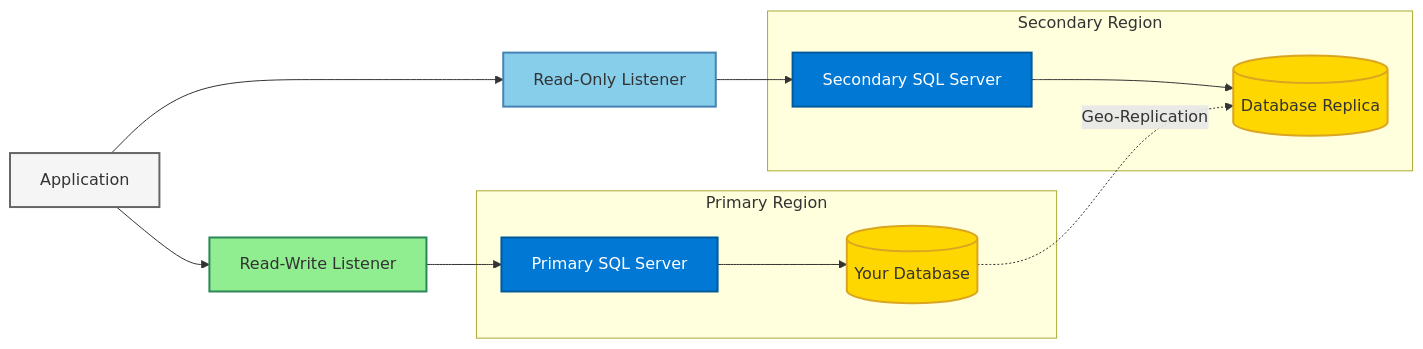
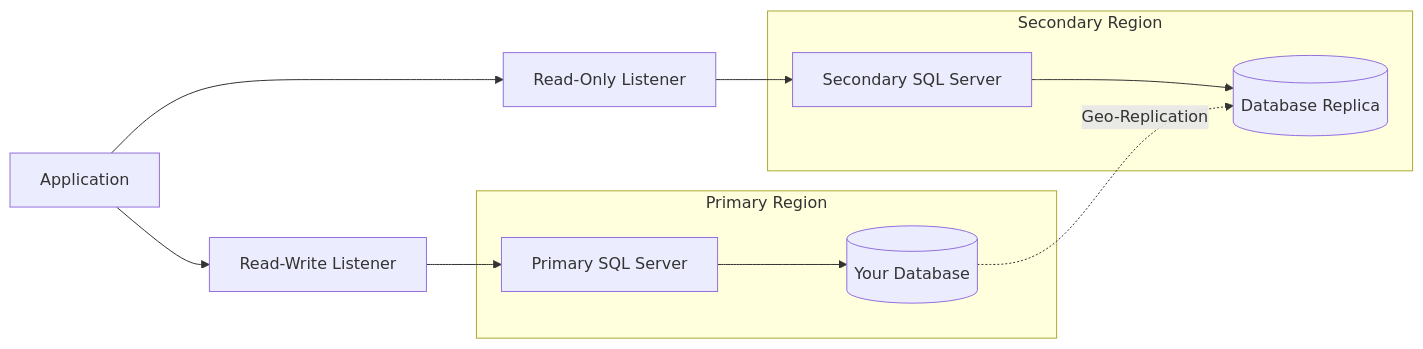
One commit to NguyenPhamCode4You/ai-home-lab-docker-compose changed the seventh of 8 diagrams in transcribe/Deployment-Azure-Prod.md. Above: the diagram before and after it, drawn with Mermaid.

````diff
--- a/transcribe/Deployment-Azure-Prod.md
+++ b/transcribe/Deployment-Azure-Prod.md
@@ -1023,42 +1023,33 @@
 ```mermaid
 graph LR
     %% Application Layer
     APP[Application]
 
     %% Failover Group Listeners
     RW[Read-Write Listener]
     RO[Read-Only Listener]
 
     %% Primary Region
     subgraph PRIMARY["Primary Region"]
         PS[Primary SQL Server]
         PDB[(Your Database)]
     end
 
     %% Secondary Region
     subgraph SECONDARY["Secondary Region"]
         SS[Secondary SQL Server]
         SDB[(Database Replica)]
     end
 
     %% Clean connections
     APP --> RW
     APP --> RO
 
     RW --> PS
     RO --> SS
 
     PS --> PDB
     SS --> SDB
 
     PDB -.->|Geo-Replication| SDB
-
-    %% Styling
-    style APP fill:#f5f5f5,stroke:#666,stroke-width:2px
-    style RW fill:#90EE90,stroke:#2d8659,stroke-width:2px
-    style RO fill:#87CEEB,stroke:#4682b4,stroke-width:2px
-    style PS fill:#0078D4,stroke:#005a9e,stroke-width:2px,color:#fff
-    style SS fill:#0078D4,stroke:#005a9e,stroke-width:2px,color:#fff
-    style PDB fill:#FFD700,stroke:#DAA520,stroke-width:2px
-    style SDB fill:#FFD700,stroke:#DAA520,stroke-width:2px
 ```
````
